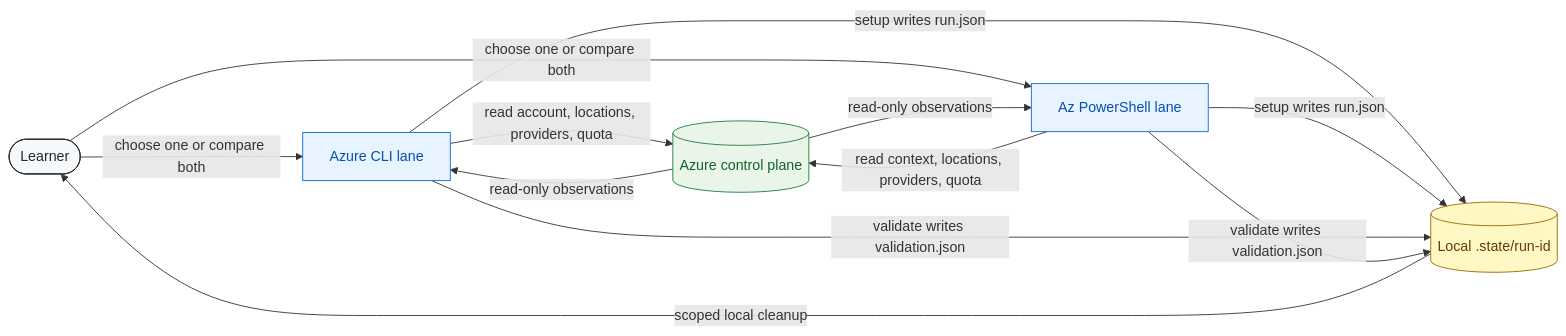
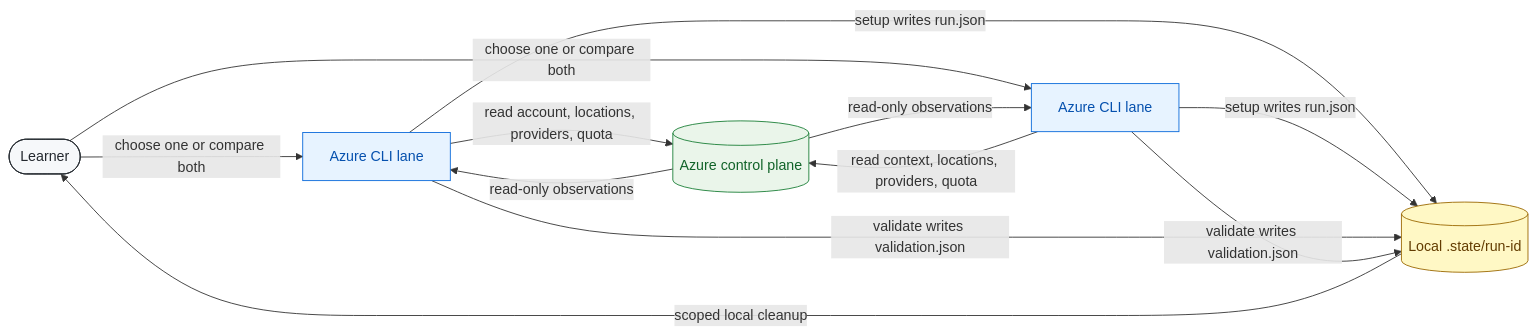
One commit to amineMehdi/az104-azure-administrator-labs changed the diagram in labs/00-safe-bootstrap/diagrams/architecture.mmd. Above: the diagram before and after it, drawn with Mermaid. The commit also changed 387 other files, not shown here.

Commit message:
feat: standardize labs on Azure CLI PowerShell lanes

```diff
--- a/labs/00-safe-bootstrap/diagrams/architecture.mmd
+++ b/labs/00-safe-bootstrap/diagrams/architecture.mmd
@@ -1,27 +1,27 @@
 flowchart LR
     learner([Learner])
     cli[Azure CLI lane]
-    ps[Az PowerShell lane]
+    ps[Azure CLI lane]
     control[(Azure control plane)]
     state[(Local .state/run-id)]
 
     learner -->|choose one or compare both| cli
     learner -->|choose one or compare both| ps
     cli -->|read account, locations, providers, quota| control
     ps -->|read context, locations, providers, quota| control
     cli -->|setup writes run.json| state
     ps -->|setup writes run.json| state
     control -->|read-only observations| cli
     control -->|read-only observations| ps
     cli -->|validate writes validation.json| state
     ps -->|validate writes validation.json| state
     state -->|scoped local cleanup| learner
 
     classDef person fill:#f6f8fa,stroke:#24292f,color:#24292f
     classDef tool fill:#e7f3ff,stroke:#0969da,color:#0550ae
     classDef azure fill:#eaf5ea,stroke:#1a7f37,color:#116329
     classDef local fill:#fff8c5,stroke:#9a6700,color:#633c01
     class learner person
     class cli,ps tool
     class control azure
     class state local
```
